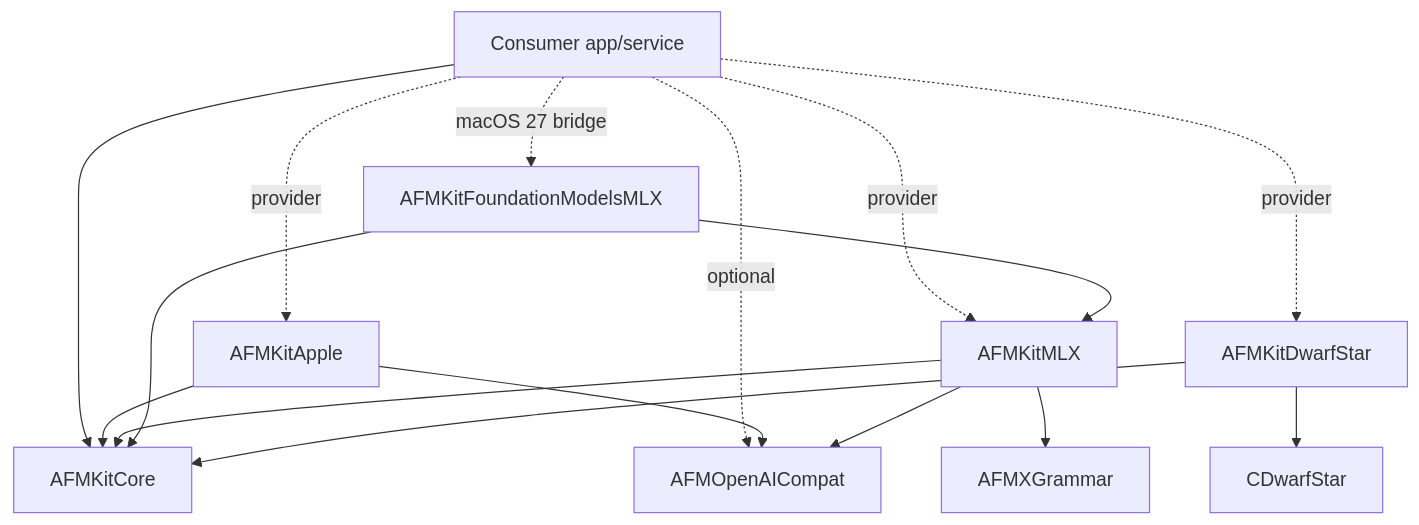
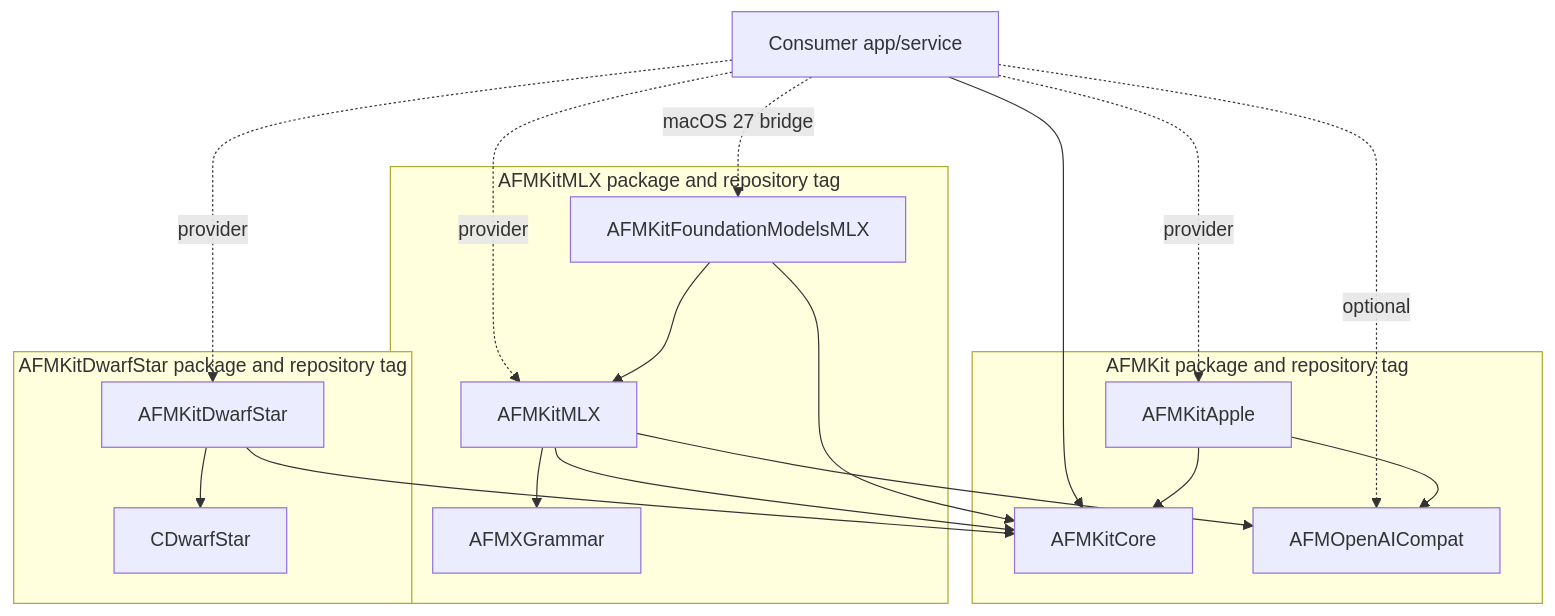
The first of 3 diagrams in Architecture/02-containers-and-modules.md (scouzi1966/AFMKit), drawn with Mermaid before and after one commit. The commit also changed other lines of this file and 270 other files, not shown here.

First line of the commit message:
Split AFMKit package and release boundaries

````diff
--- a/Architecture/02-containers-and-modules.md
+++ b/Architecture/02-containers-and-modules.md
@@ -5,28 +5,34 @@
 ```mermaid
 flowchart TD
     App["Consumer app/service"]
-    Core["AFMKitCore"]
-    OAI["AFMOpenAICompat"]
-    Apple["AFMKitApple"]
-    MLX["AFMKitMLX"]
-    FMMLX["AFMKitFoundationModelsMLX"]
-    DS["AFMKitDwarfStar"]
-    CGram["AFMXGrammar"]
-    CDS["CDwarfStar"]
+    subgraph Public["AFMKit package and repository tag"]
+        Core["AFMKitCore"]
+        OAI["AFMOpenAICompat"]
+        Apple["AFMKitApple"]
+    end
+    subgraph Dwarf["AFMKitDwarfStar package and repository tag"]
+        DS["AFMKitDwarfStar"]
+        CDS["CDwarfStar"]
+    end
+    subgraph PrivateMLX["AFMKitMLX package and repository tag"]
+        MLX["AFMKitMLX"]
+        FMMLX["AFMKitFoundationModelsMLX"]
+        CGram["AFMXGrammar"]
+    end
 
     App --> Core
     App -. optional .-> OAI
     App -. provider .-> Apple
     App -. provider .-> MLX
     App -. provider .-> DS
     App -. macOS 27 bridge .-> FMMLX
     Apple --> Core
     Apple --> OAI
     MLX --> Core
     MLX --> OAI
     MLX --> CGram
     FMMLX --> Core
     FMMLX --> MLX
     DS --> Core
     DS --> CDS
 ```
````
